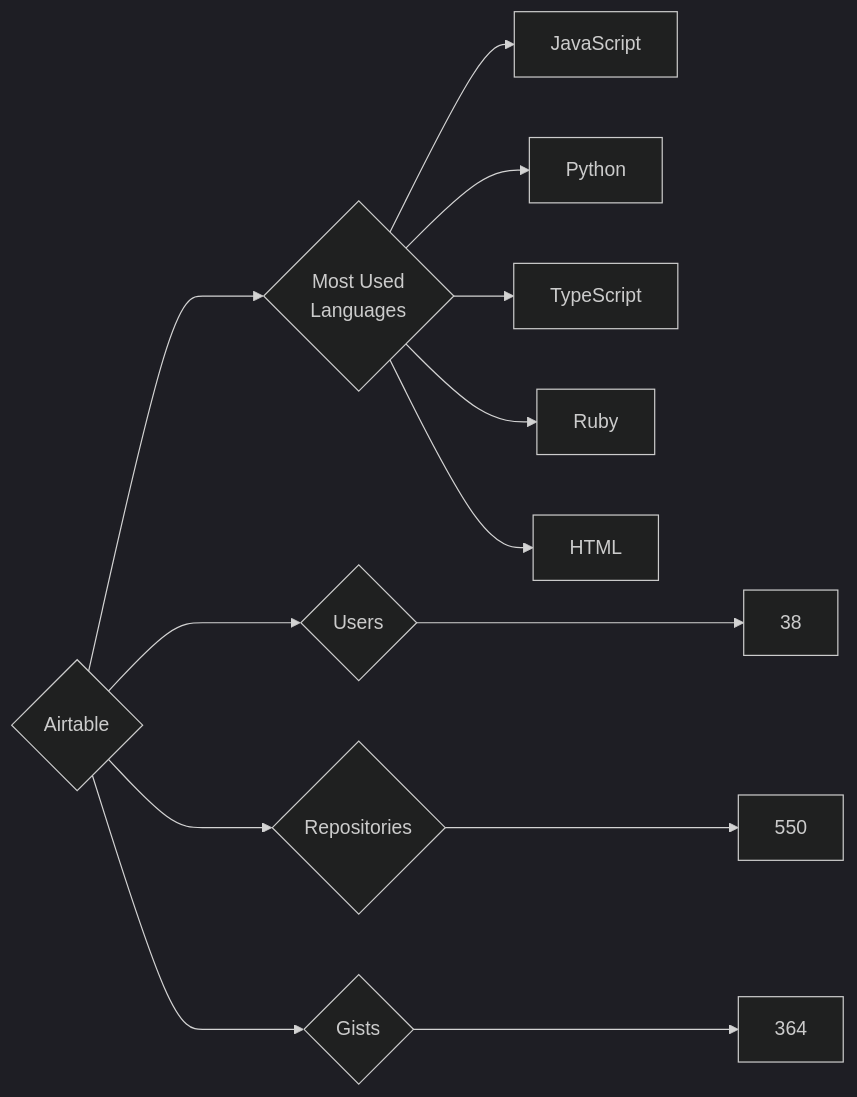
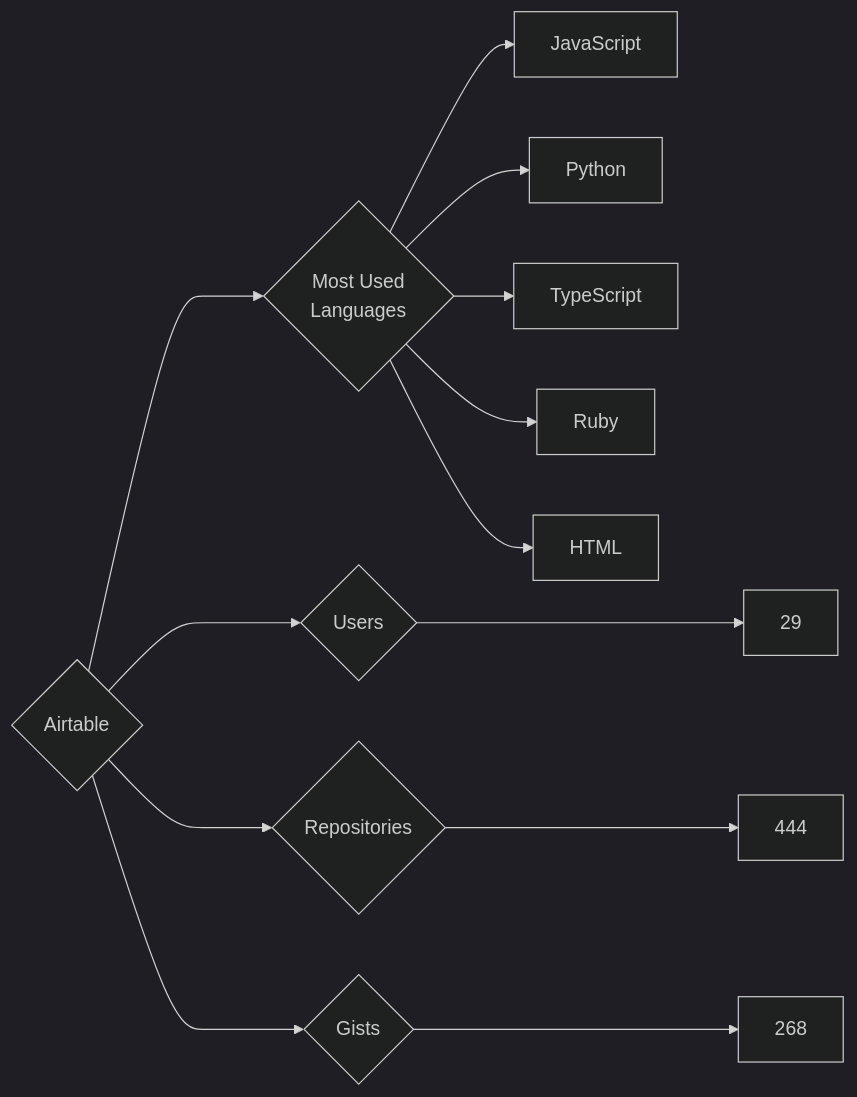
Before and after one commit to trickest/insiders: the diagram in targets/Airtable/README.md, drawn with Mermaid (dark theme). The commit also changed 786 other files, not shown here.

````diff
--- a/targets/Airtable/README.md
+++ b/targets/Airtable/README.md
@@ -3,13 +3,13 @@
 ```mermaid
 graph LR
 COMPANY_NAME{Airtable}
-COMPANY_NAME ---> U{Users} ---> UN[38]
-COMPANY_NAME ---> R{Repositories} ---> RN[550]
-COMPANY_NAME ---> G{Gists} ---> GN[364]
+COMPANY_NAME ---> U{Users} ---> UN[29]
+COMPANY_NAME ---> R{Repositories} ---> RN[444]
+COMPANY_NAME ---> G{Gists} ---> GN[268]
 COMPANY_NAME ---> ML{Most Used<br>Languages}
 ML --> JavaScript[JavaScript]
 ML --> Python[Python]
 ML --> TypeScript[TypeScript]
 ML --> Ruby[Ruby]
 ML --> HTML[HTML]
 ```
````
